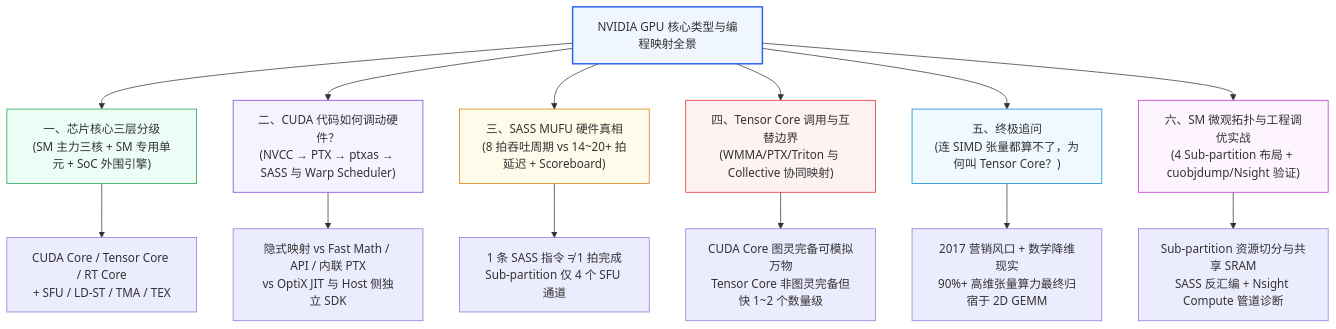
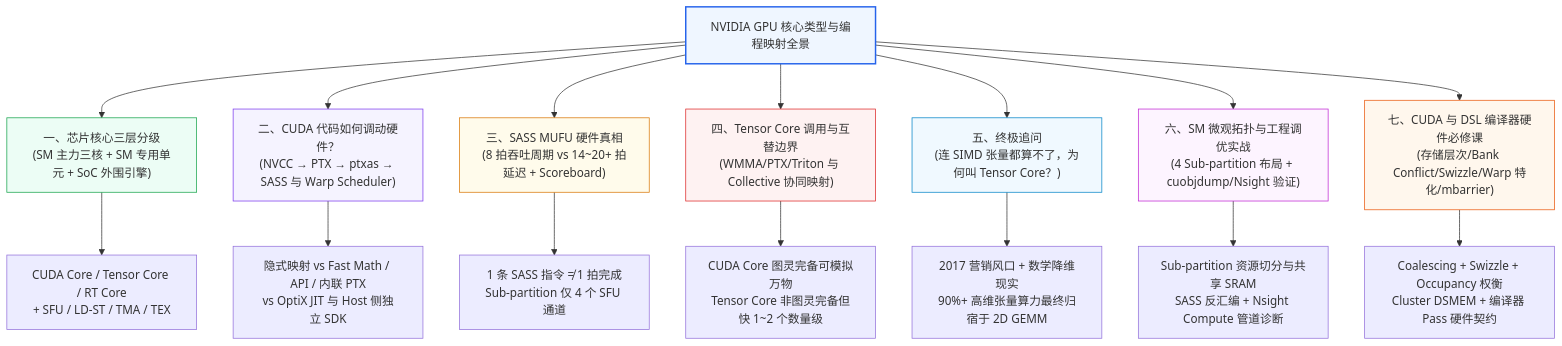
Before and after one commit to hqu-little-boy/blog: the first of 11 diagrams in src/content/posts/gpu-heterogeneous-cores-programming-and-tensor-core-architecture-guide.md, drawn with Mermaid. The commit also changed other lines of this file, not shown here.

Commit message:
docs: 补充面向 CUDA 编程与 DSL 编译器开发的 GPU 硬件必修知识

````diff
--- a/src/content/posts/gpu-heterogeneous-cores-programming-and-tensor-core-architecture-guide.md
+++ b/src/content/posts/gpu-heterogeneous-cores-programming-and-tensor-core-architecture-guide.md
@@ -55,24 +57,27 @@
 ```mermaid
 flowchart TD
     Root["NVIDIA GPU 核心类型与编程映射全景"] --> L1["一、芯片核心三层分级<br/>(SM 主力三核 + SM 专用单元 + SoC 外围引擎)"]
     Root --> L2["二、CUDA 代码如何调动硬件？<br/>(NVCC → PTX → ptxas → SASS 与 Warp Scheduler)"]
     Root --> L3["三、SASS MUFU 硬件真相<br/>(8 拍吞吐周期 vs 14~20+ 拍延迟 + Scoreboard)"]
     Root --> L4["四、Tensor Core 调用与互替边界<br/>(WMMA/PTX/Triton 与 Collective 协同映射)"]
     Root --> L5["五、终极追问<br/>(连 SIMD 张量都算不了，为何叫 Tensor Core？)"]
     Root --> L6["六、SM 微观拓扑与工程调优实战<br/>(4 Sub-partition 布局 + cuobjdump/Nsight 验证)"]
+    Root --> L7["七、CUDA 与 DSL 编译器硬件必修课<br/>(存储层次/Bank Conflict/Swizzle/Warp 特化/mbarrier)"]
 
     L1 --> L1A["CUDA Core / Tensor Core / RT Core<br/>+ SFU / LD-ST / TMA / TEX"]
     L2 --> L2A["隐式映射 vs Fast Math / API / 内联 PTX<br/>vs OptiX JIT 与 Host 侧独立 SDK"]
     L3 --> L3A["1 条 SASS 指令 ≠ 1 拍完成<br/>Sub-partition 仅 4 个 SFU 通道"]
     L4 --> L4A["CUDA Core 图灵完备可模拟万物<br/>Tensor Core 非图灵完备但快 1~2 个数量级"]
     L5 --> L5A["2017 营销风口 + 数学降维现实<br/>90%+ 高维张量算力最终归宿于 2D GEMM"]
     L6 --> L6A["Sub-partition 资源切分与共享 SRAM<br/>SASS 反汇编 + Nsight Compute 管道诊断"]
+    L7 --> L7A["Coalescing + Swizzle + Occupancy 权衡<br/>Cluster DSMEM + 编译器 Pass 硬件契约"]
 
     style Root fill:#eff6ff,stroke:#2563eb,stroke-width:2px
     style L1 fill:#ecfdf5,stroke:#16a34a
     style L2 fill:#f5f3ff,stroke:#7c3aed
     style L3 fill:#fffbeb,stroke:#d97706
     style L4 fill:#fef2f2,stroke:#dc2626
     style L5 fill:#f0f9ff,stroke:#0284c7
     style L6 fill:#fdf4ff,stroke:#c026d3
+    style L7 fill:#fff7ed,stroke:#ea580c
 ```
````
